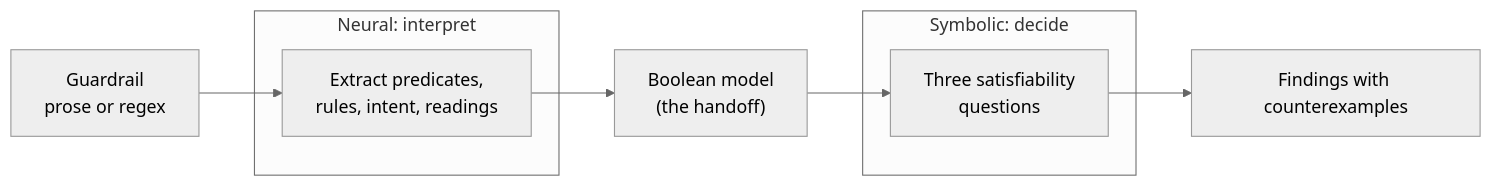
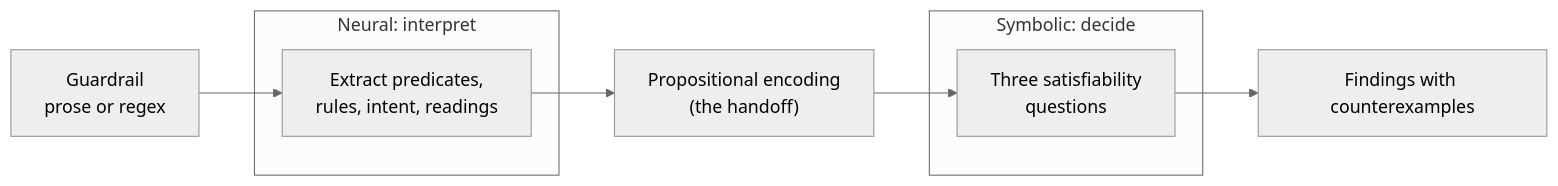
One commit to hsanchez/hsanchez.github.io changed the diagram in posts/notes/_posts/2026-10-16-how-do-you-localize-a-fault-in-a-guardrail.md. Above: the diagram before and after it, drawn with Mermaid (neutral theme). The commit also changed other lines of this file and 1 other file, not shown here.

````diff
--- a/posts/notes/_posts/2026-10-16-how-do-you-localize-a-fault-in-a-guardrail.md
+++ b/posts/notes/_posts/2026-10-16-how-do-you-localize-a-fault-in-a-guardrail.md
@@ -94,15 +97,15 @@
 ```mermaid
 flowchart LR
     accTitle: Neuro-symbolic fault localization
-    accDescr: A guardrail is read by a neural component that produces a Boolean model. That model is the handoff. A symbolic component then answers three satisfiability questions and returns findings with counterexamples.
+    accDescr: A guardrail is read by a neural component that produces a propositional encoding. That encoding is the handoff. A symbolic component then answers three satisfiability questions and returns findings with counterexamples.
     G["Guardrail<br/>prose or regex"] --> N
     subgraph NEURAL["Neural: interpret"]
         N["Extract predicates,<br/>rules, intent, readings"]
     end
-    N --> M["Boolean model<br/>(the handoff)"]
+    N --> M["Propositional encoding<br/>(the handoff)"]
     M --> Z
     subgraph SYMBOLIC["Symbolic: decide"]
         Z["Three satisfiability<br/>questions"]
     end
     Z --> F["Findings with counterexamples"]
 ```
````
